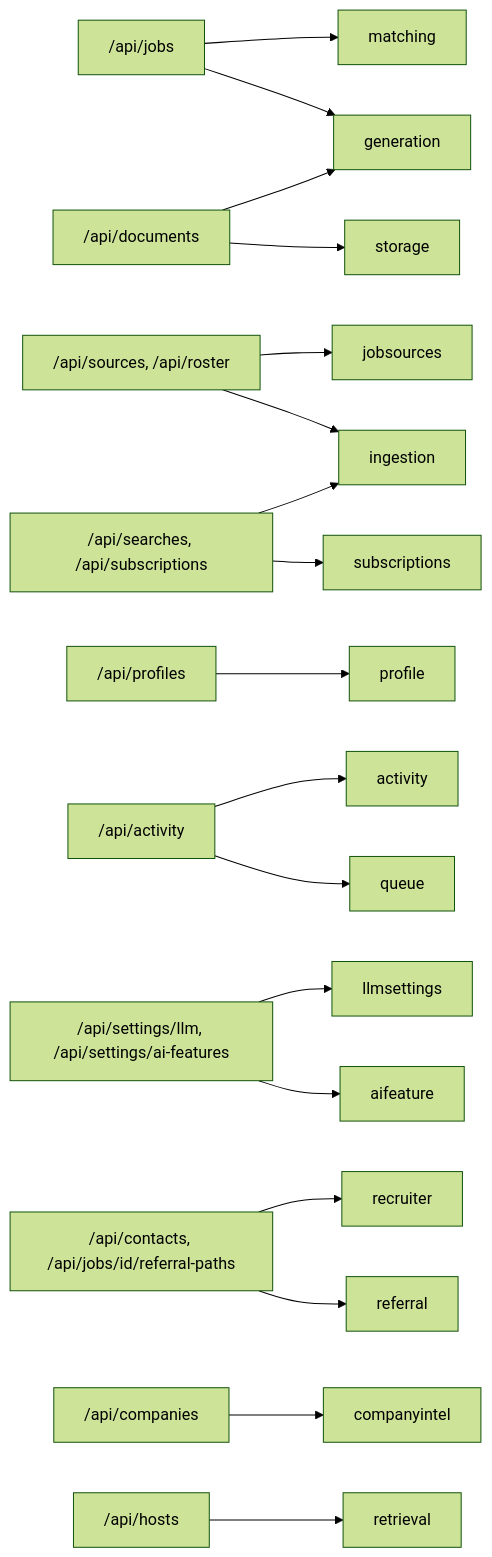
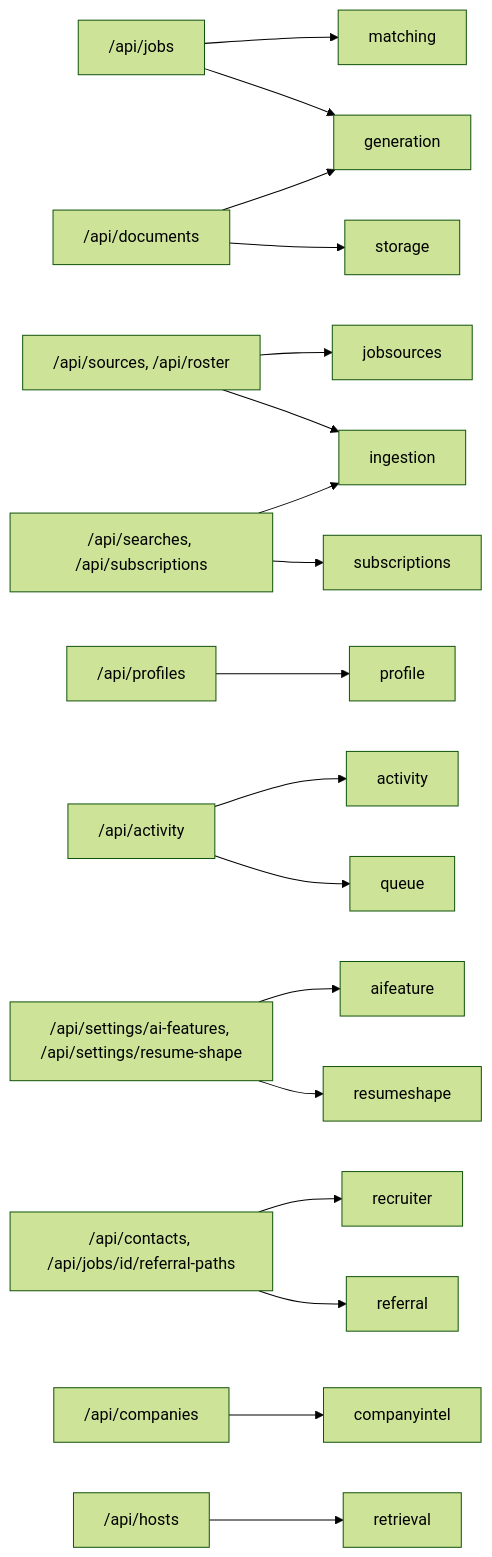
One commit to nonamecat19/job-finder changed the second of 2 diagrams in docs/docs/architecture/component-map.md. Above: the diagram before and after it, drawn with Mermaid (forest theme). The commit also changed other lines of this file and 15 other files, not shown here.

````diff
--- a/docs/docs/architecture/component-map.md
+++ b/docs/docs/architecture/component-map.md
@@ -123,13 +123,13 @@
 ```mermaid
 flowchart LR
     A["/api/jobs"] --> matching & generation
     B["/api/sources, /api/roster"] --> jobsources & ingestion
     C["/api/searches, /api/subscriptions"] --> ingestion & subscriptions
     D["/api/profiles"] --> profile
     E["/api/documents"] --> generation & storage
     F["/api/activity"] --> activity & queue
-    G["/api/settings/llm, /api/settings/ai-features"] --> llmsettings & aifeature
+    G["/api/settings/ai-features, /api/settings/resume-shape"] --> aifeature & resumeshape
     H["/api/contacts, /api/jobs/id/referral-paths"] --> recruiter & referral
     I["/api/companies"] --> companyintel
     J["/api/hosts"] --> retrieval
 ```
````
